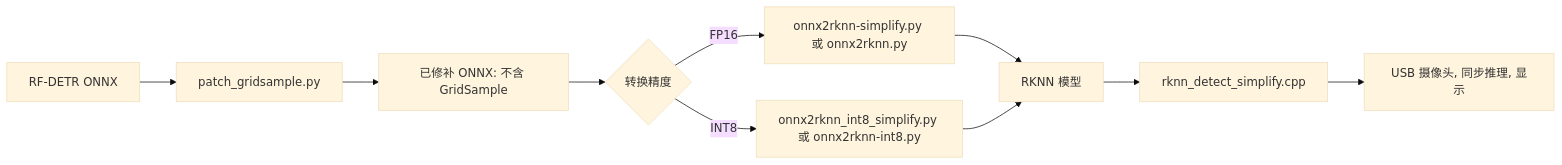
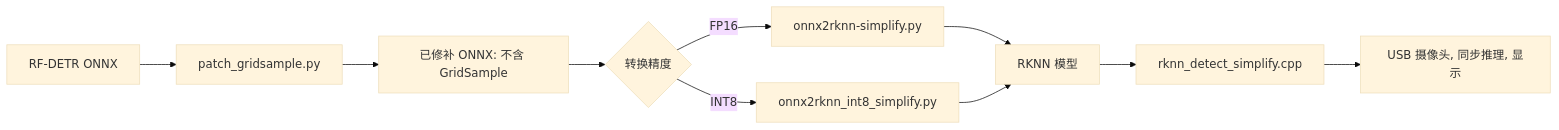
Before and after one commit to Glin-z/Deploy-RFDETR-to-RK3588: the diagram in README.md, drawn with Mermaid (base theme).

````diff
--- a/README.md
+++ b/README.md
@@ -19,12 +19,12 @@
 ```mermaid
 flowchart LR
     A[RF-DETR ONNX] --> B[patch_gridsample.py]
     B --> C[已修补 ONNX: 不含 GridSample]
     C --> D{转换精度}
-    D -->|FP16| E[onnx2rknn-simplify.py 或 onnx2rknn.py]
-    D -->|INT8| F[onnx2rknn_int8_simplify.py 或 onnx2rknn-int8.py]
+    D -->|FP16| E[onnx2rknn-simplify.py]
+    D -->|INT8| F[onnx2rknn_int8_simplify.py]
     E --> G[RKNN 模型]
     F --> G
     G --> H[rknn_detect_simplify.cpp]
     H --> I[USB 摄像头, 同步推理, 显示]
 ```
````
